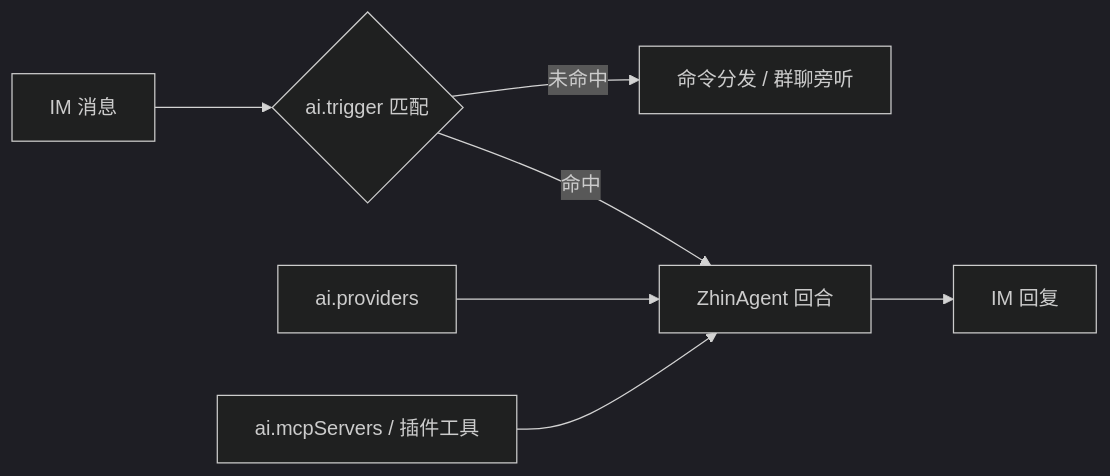
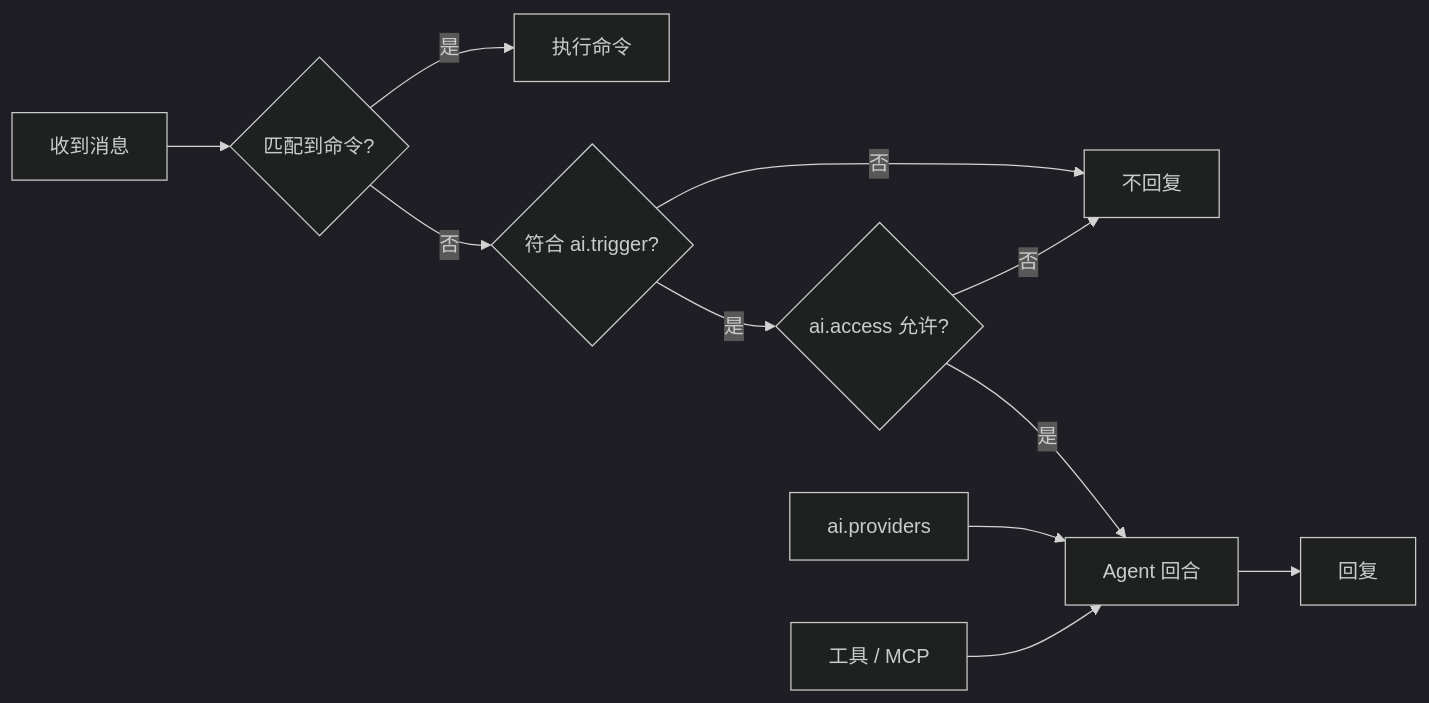
The diagram in docs/ai/index.md (zhinjs/zhin), drawn with Mermaid (dark theme) before and after one commit. The commit also changed other lines of this file and 65 other files, not shown here.

````diff
--- a/docs/ai/index.md
+++ b/docs/ai/index.md
@@ -9,9 +270,13 @@
 ```mermaid
 flowchart LR
-    M[IM 消息] --> T{ai.trigger 匹配}
-    T -- 未命中 --> C[命令分发 / 群聊旁听]
-    T -- 命中 --> A[ZhinAgent 回合]
-    B[ai.providers] --> A
-    S[ai.mcpServers / 插件工具] --> A
-    A --> R[IM 回复]
+    M[收到消息] --> C{匹配到命令?}
+    C -- 是 --> R1[执行命令]
+    C -- 否 --> T{符合 ai.trigger?}
+    T -- 否 --> X[不回复]
+    T -- 是 --> G{ai.access 允许?}
+    G -- 否 --> X
+    G -- 是 --> A[Agent 回合]
+    P[ai.providers] --> A
+    S[工具 / MCP] --> A
+    A --> R2[回复]
 ```
````
